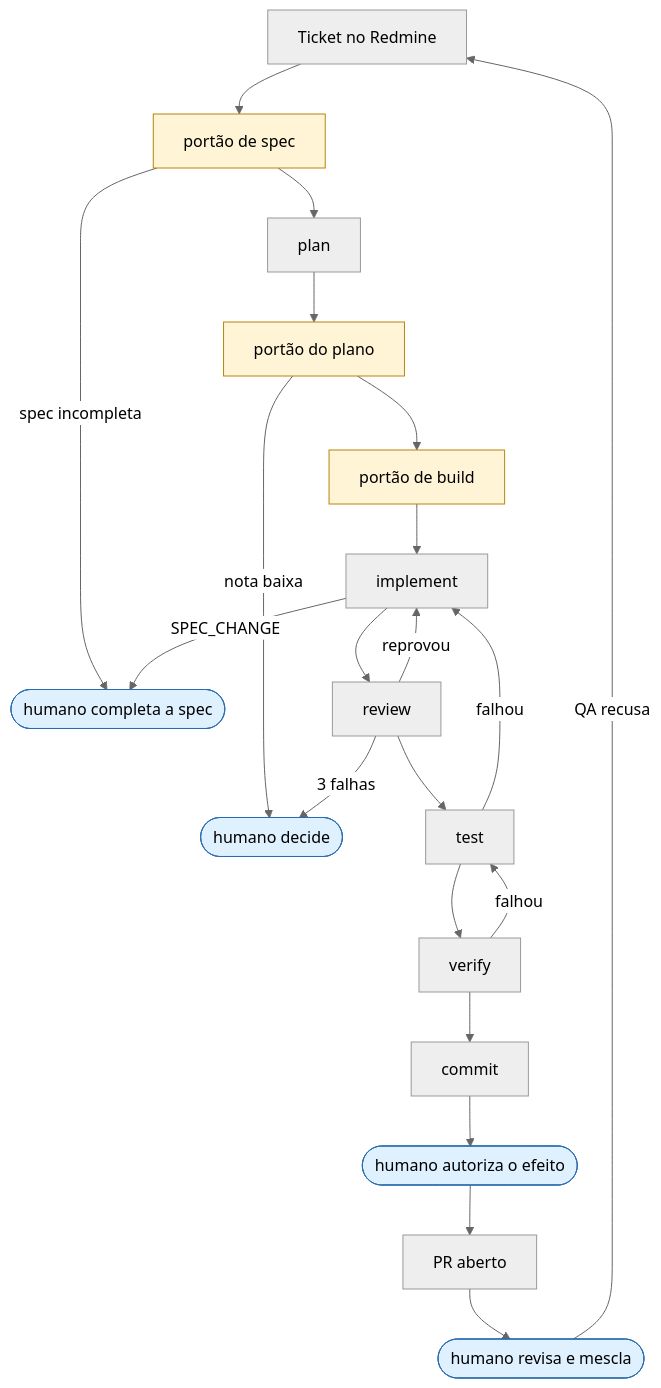
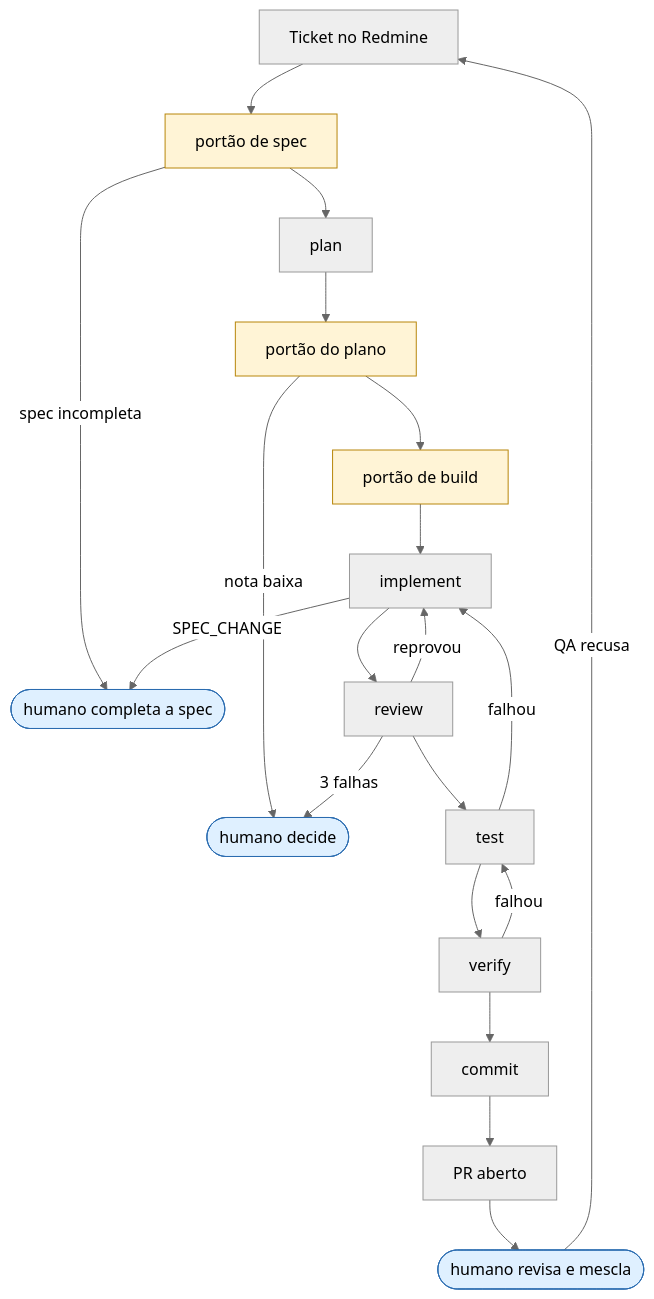
One commit to RichardPFernandes/espectro changed the diagram in docs/capacidades/README.md. Above: the diagram before and after it, drawn with Mermaid (neutral theme). The commit also changed other lines of this file and 7 other files, not shown here.

````diff
--- a/docs/capacidades/README.md
+++ b/docs/capacidades/README.md
@@ -34,25 +34,24 @@
 ```mermaid
 flowchart TD
     T[Ticket no Redmine] --> S[portão de spec]:::portao
     S -->|spec incompleta| H1([humano completa a spec]):::humano
     S --> P[plan]
     P --> PS[portão do plano]:::portao
     PS -->|nota baixa| H2([humano decide]):::humano
     PS --> B[portão de build]:::portao
     B --> I[implement]
     I --> R[review]
     R -->|reprovou| I
     R --> TE[test]
     TE -->|falhou| I
     TE --> V[verify]
     V -->|falhou| TE
     V --> C[commit]
-    C --> A([humano autoriza o efeito]):::humano
-    A --> PR[PR aberto]
+    C --> PR[PR aberto]
     PR --> M([humano revisa e mescla]):::humano
     M -->|QA recusa| T
     R -->|3 falhas| H2
     I -->|SPEC_CHANGE| H1
     classDef portao fill:#fff4d6,stroke:#b8860b
     classDef humano fill:#dff0ff,stroke:#2b6cb0
 ```
````
